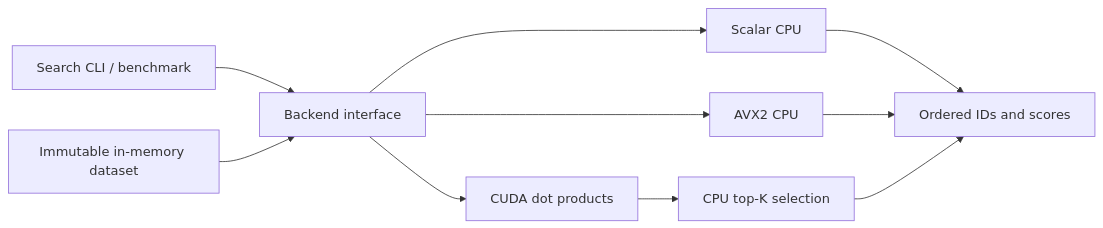
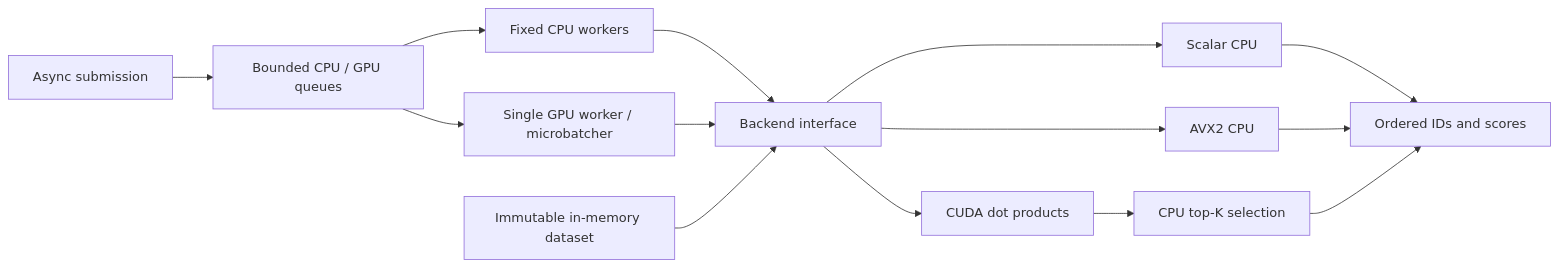
The diagram in README.md (ColeSlad/Flowstate), drawn with Mermaid before and after one commit. The commit also changed other lines of this file and 10 other files, not shown here.

````diff
--- a/README.md
+++ b/README.md
@@ -15,12 +16,16 @@
 ```mermaid
 flowchart LR
-    CLI[Search CLI / benchmark] --> Backend[Backend interface]
+    Submit[Async submission] --> Queue[Bounded CPU / GPU queues]
+    Queue --> CPU[Fixed CPU workers]
+    Queue --> GPU[Single GPU worker / microbatcher]
+    CPU --> Backend[Backend interface]
+    GPU --> Backend
     Dataset[Immutable in-memory dataset] --> Backend
     Backend --> Scalar[Scalar CPU]
     Backend --> AVX[AVX2 CPU]
     Backend --> CUDA[CUDA dot products]
     CUDA --> Heap[CPU top-K selection]
     Scalar --> Results[Ordered IDs and scores]
     AVX --> Results
     Heap --> Results
 ```
````
